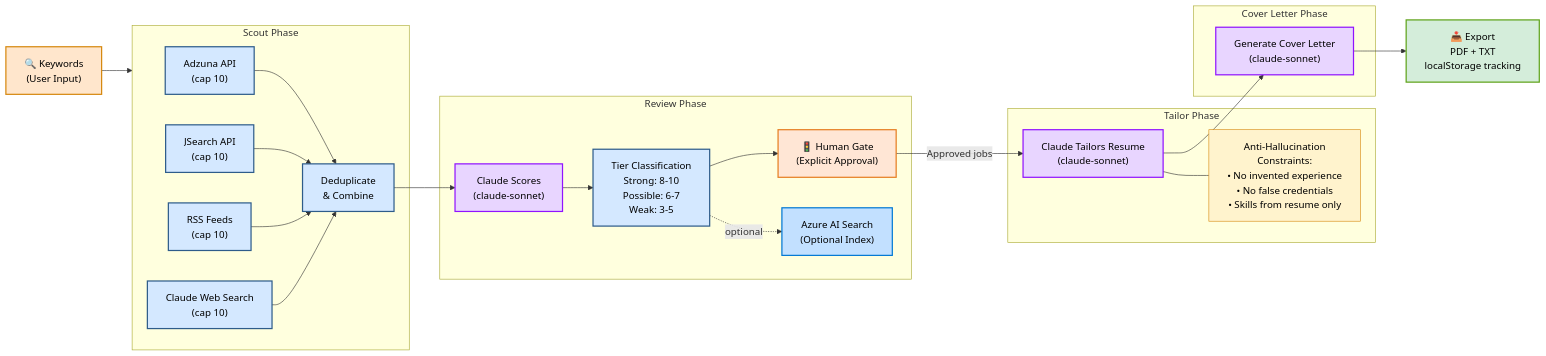
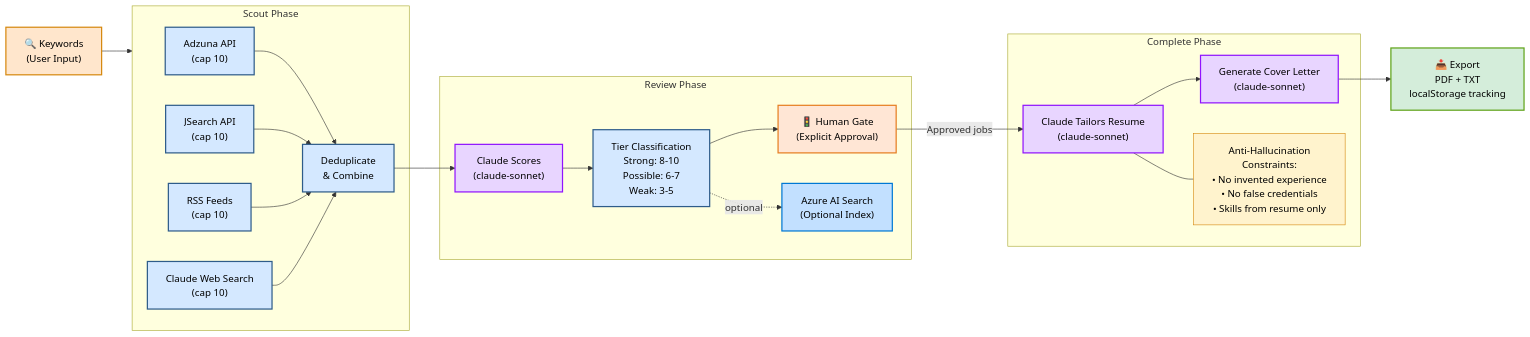
One commit to CarmenReed/PeelAway-Logic-QA changed the third of 5 diagrams in docs/architecture/ARCHITECTURE.md. Above: the diagram before and after it, drawn with Mermaid. The commit also changed other lines of this file and 33 other files, not shown here.

````diff
--- a/docs/architecture/ARCHITECTURE.md
+++ b/docs/architecture/ARCHITECTURE.md
@@ -86,61 +82,58 @@
 ```mermaid
 flowchart LR
     Keywords["🔍 Keywords<br/>(User Input)"]
 
     subgraph Scout["Scout Phase"]
         Adzuna["Adzuna API<br/>(cap 10)"]
         JSearch["JSearch API<br/>(cap 10)"]
         RSS["RSS Feeds<br/>(cap 10)"]
         WebSearch["Claude Web Search<br/>(cap 10)"]
         Dedup["Deduplicate<br/>& Combine"]
         Adzuna --> Dedup
         JSearch --> Dedup
         RSS --> Dedup
         WebSearch --> Dedup
     end
 
     subgraph Review["Review Phase"]
         Score["Claude Scores<br/>(claude-sonnet)"]
         Tier["Tier Classification<br/>Strong: 8-10<br/>Possible: 6-7<br/>Weak: 3-5"]
         Gate["🚦 Human Gate<br/>(Explicit Approval)"]
         AzureIdx["Azure AI Search<br/>(Optional Index)"]
         Score --> Tier
         Tier --> Gate
         Tier -.->|optional| AzureIdx
     end
 
-    subgraph Tailor["Tailor Phase"]
+    subgraph Complete["Complete Phase"]
         TailorResume["Claude Tailors Resume<br/>(claude-sonnet)"]
+        GenCL["Generate Cover Letter<br/>(claude-sonnet)"]
         Constraints["Anti-Hallucination<br/>Constraints:<br/>• No invented experience<br/>• No false credentials<br/>• Skills from resume only"]
         TailorResume --- Constraints
-    end
-
-    subgraph CoverLetter["Cover Letter Phase"]
-        GenCL["Generate Cover Letter<br/>(claude-sonnet)"]
+        TailorResume --> GenCL
     end
 
     Export["📥 Export<br/>PDF + TXT<br/>localStorage tracking"]
 
     Keywords --> Scout
     Dedup --> Score
     Gate -->|Approved jobs| TailorResume
-    TailorResume --> GenCL
     GenCL --> Export
 
     classDef input fill:#FFE6CC,stroke:#D68910,color:#000,stroke-width:2px
     classDef phase fill:#D4E8FF,stroke:#2E5C8A,color:#000,stroke-width:2px
     classDef ai fill:#E8D5FF,stroke:#9013FE,color:#000,stroke-width:2px
     classDef gate fill:#FFE6D5,stroke:#E67E22,color:#000,stroke-width:2px
     classDef azure fill:#C2E0FF,stroke:#0078D4,color:#000,stroke-width:2px
     classDef output fill:#D4EDDA,stroke:#5FA319,color:#000,stroke-width:2px
     classDef constraint fill:#FFF3CD,stroke:#D68910,color:#000,stroke-width:1px
 
     class Keywords input
     class Adzuna,JSearch,RSS,WebSearch,Dedup phase
     class Score,TailorResume,GenCL ai
     class Tier phase
     class Gate gate
     class AzureIdx azure
     class Export output
     class Constraints constraint
 ```
````
